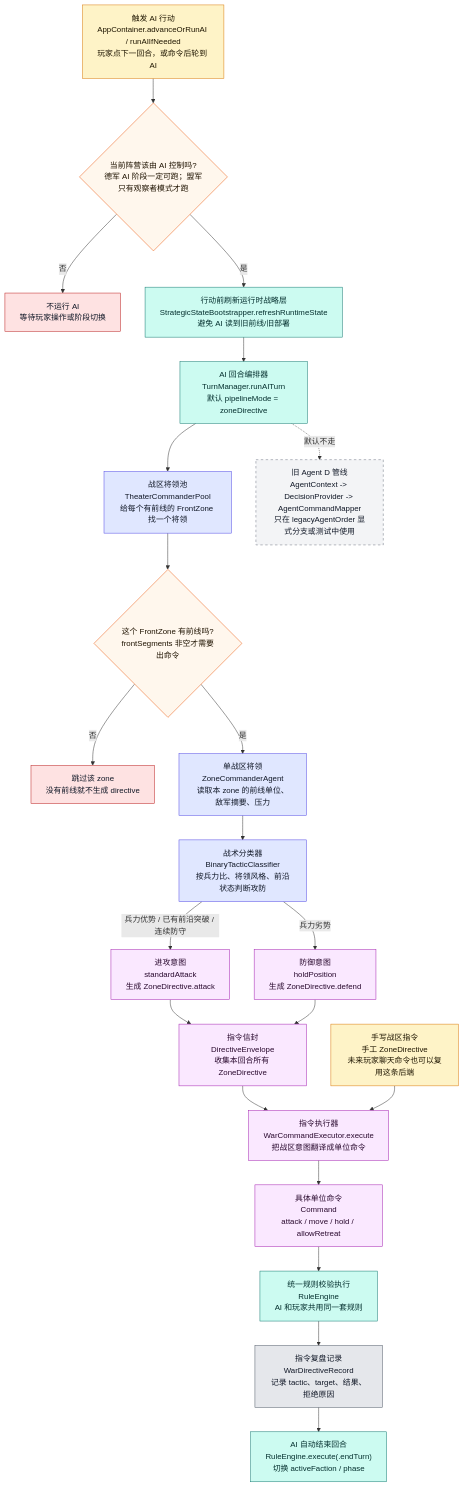
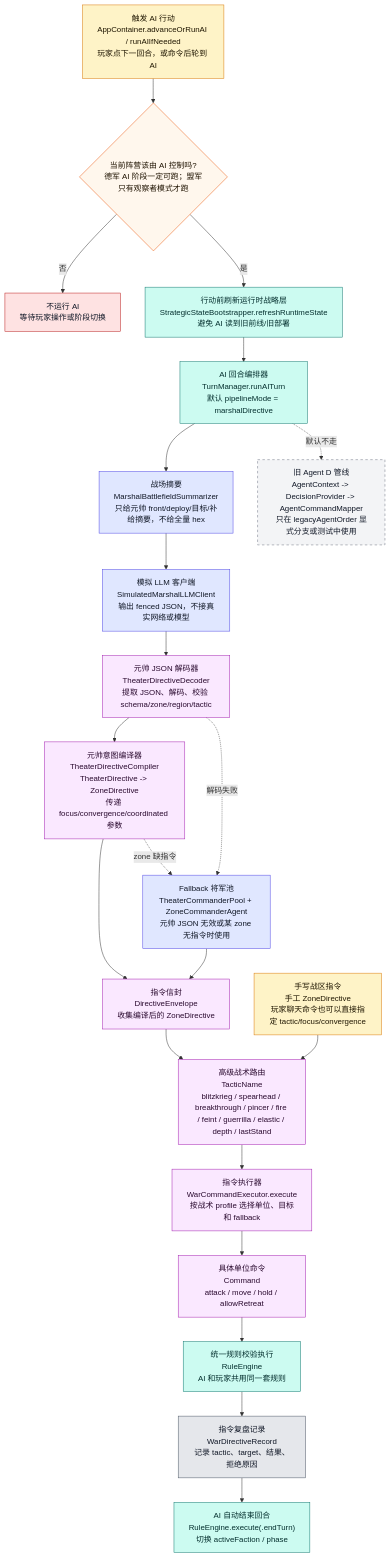
One commit to Altman-sam114/121 changed the fourth of 8 diagrams in md/flow/flowchart.md. Above: the diagram before and after it, drawn with Mermaid. The commit also changed other lines of this file and 66 other files, not shown here.

````diff
--- a/md/flow/flowchart.md
+++ b/md/flow/flowchart.md
@@ -153,47 +220,43 @@
 ```mermaid
 flowchart TD
     START["触发 AI 行动<br/>AppContainer.advanceOrRunAI / runAIIfNeeded<br/>玩家点下一回合，或命令后轮到 AI"]:::input
     CHECK{"当前阵营该由 AI 控制吗?<br/>德军 AI 阶段一定可跑；盟军只有观察者模式才跑"}:::decision
     STOP["不运行 AI<br/>等待玩家操作或阶段切换"]:::stop
     REFRESH["行动前刷新运行时战略层<br/>StrategicStateBootstrapper.refreshRuntimeState<br/>避免 AI 读到旧前线/旧部署"]:::rules
-    TM["AI 回合编排器<br/>TurnManager.runAITurn<br/>默认 pipelineMode = zoneDirective"]:::rules
-    POOL["战区将领池<br/>TheaterCommanderPool<br/>给每个有前线的 FrontZone 找一个将领"]:::ai
-    ZONE{"这个 FrontZone 有前线吗?<br/>frontSegments 非空才需要出命令"}:::decision
-    SKIP["跳过该 zone<br/>没有前线就不生成 directive"]:::stop
-    AGENT["单战区将领<br/>ZoneCommanderAgent<br/>读取本 zone 的前线单位、敌军摘要、压力"]:::ai
-    CLS["战术分类器<br/>BinaryTacticClassifier<br/>按兵力比、将领风格、前沿状态判断攻防"]:::ai
-    ATK["进攻意图<br/>standardAttack<br/>生成 ZoneDirective.attack"]:::command
-    DEF["防御意图<br/>holdPosition<br/>生成 ZoneDirective.defend"]:::command
-    ENV["指令信封<br/>DirectiveEnvelope<br/>收集本回合所有 ZoneDirective"]:::command
-    WCE["指令执行器<br/>WarCommandExecutor.execute<br/>把战区意图翻译成单位命令"]:::command
+    TM["AI 回合编排器<br/>TurnManager.runAITurn<br/>默认 pipelineMode = marshalDirective"]:::rules
+    SUM["战场摘要<br/>MarshalBattlefieldSummarizer<br/>只给元帅 front/deploy/目标/补给摘要，不给全量 hex"]:::ai
+    LLM["模拟 LLM 客户端<br/>SimulatedMarshalLLMClient<br/>输出 fenced JSON，不接真实网络或模型"]:::ai
+    DEC["元帅 JSON 解码器<br/>TheaterDirectiveDecoder<br/>提取 JSON、解码、校验 schema/zone/region/tactic"]:::command
+    COMP["元帅意图编译器<br/>TheaterDirectiveCompiler<br/>TheaterDirective -> ZoneDirective<br/>传递 focus/convergence/coordinated 参数"]:::command
+    ENV["指令信封<br/>DirectiveEnvelope<br/>收集编译后的 ZoneDirective"]:::command
+    TACTIC["高级战术路由<br/>TacticName<br/>blitzkrieg / spearhead / breakthrough / pincer / fire / feint / guerrilla / elastic / depth / lastStand"]:::command
+    WCE["指令执行器<br/>WarCommandExecutor.execute<br/>按战术 profile 选择单位、目标和 fallback"]:::command
     BOTTOM["具体单位命令<br/>Command<br/>attack / move / hold / allowRetreat"]:::command
     RE["统一规则校验执行<br/>RuleEngine<br/>AI 和玩家共用同一套规则"]:::rules
     RECORD["指令复盘记录<br/>WarDirectiveRecord<br/>记录 tactic、target、结果、拒绝原因"]:::ui
     END["AI 自动结束回合<br/>RuleEngine.execute(.endTurn)<br/>切换 activeFaction / phase"]:::rules
 
     START --> CHECK
     CHECK -->|否| STOP
-    CHECK -->|是| REFRESH --> TM --> POOL --> ZONE
-    ZONE -->|否| SKIP
-    ZONE -->|是| AGENT --> CLS
-    CLS -->|兵力优势 / 已有前沿突破 / 连续防守| ATK
-    CLS -->|兵力劣势| DEF
-    ATK --> ENV
-    DEF --> ENV
-    ENV --> WCE --> BOTTOM --> RE --> RECORD --> END
+    CHECK -->|是| REFRESH --> TM --> SUM --> LLM --> DEC --> COMP --> ENV
+    ENV --> TACTIC --> WCE --> BOTTOM --> RE --> RECORD --> END
+
+    FALLBACK["Fallback 将军池<br/>TheaterCommanderPool + ZoneCommanderAgent<br/>元帅 JSON 无效或某 zone 无指令时使用"]:::ai
+    DEC -.解码失败.-> FALLBACK --> ENV
+    COMP -.zone 缺指令.-> FALLBACK
 
     LEGACY["旧 Agent D 管线<br/>AgentContext -> DecisionProvider -> AgentCommandMapper<br/>只在 legacyAgentOrder 显式分支或测试中使用"]:::legacy
     TM -.默认不走.-> LEGACY
 
-    MANUAL["手写战区指令<br/>手工 ZoneDirective<br/>未来玩家聊天命令也可以复用这条后端"]:::input
-    MANUAL --> WCE
+    MANUAL["手写战区指令<br/>手工 ZoneDirective<br/>玩家聊天命令也可以直接指定 tactic/focus/convergence"]:::input
+    MANUAL --> TACTIC
 
     classDef input fill:#fef3c7,stroke:#d97706,color:#1f1600
     classDef decision fill:#fff7ed,stroke:#ea580c,color:#1f1300
     classDef stop fill:#fee2e2,stroke:#b91c1c,color:#111827
     classDef rules fill:#ccfbf1,stroke:#0f766e,color:#042f2e
     classDef ai fill:#e0e7ff,stroke:#4f46e5,color:#111827
     classDef command fill:#fae8ff,stroke:#a21caf,color:#2a0a2f
     classDef ui fill:#e5e7eb,stroke:#4b5563,color:#111827
     classDef legacy fill:#f3f4f6,stroke:#6b7280,stroke-dasharray:5 5,color:#111827
 ```
````
